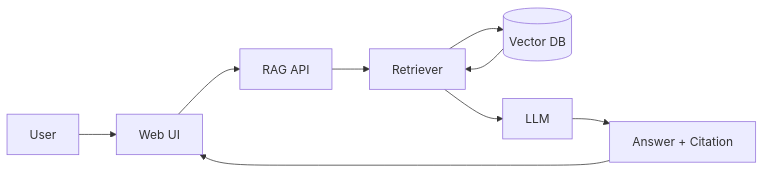
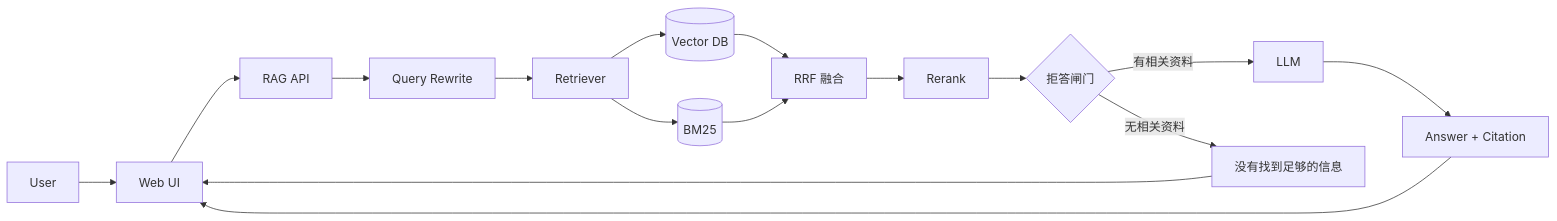
One commit to YalinMa/enterprise-ai-knowledge-base changed the third of 4 diagrams in README.md. Above: the diagram before and after it, drawn with Mermaid. The commit also changed other lines of this file and 29 other files, not shown here.

````diff
--- a/README.md
+++ b/README.md
@@ -79,5 +92,9 @@
 ```mermaid
 flowchart LR
-    U[User] --> W[Web UI] --> R[RAG API] --> RT[Retriever] --> V[(Vector DB)]
-    V --> RT --> L[LLM] --> A[Answer + Citation] --> W
+    U[User] --> W[Web UI] --> R[RAG API] --> QR[Query Rewrite] --> RT[Retriever]
+    RT --> V[(Vector DB)] --> F[RRF 融合]
+    RT --> B[(BM25)] --> F
+    F --> RR[Rerank] --> G{拒答闸门}
+    G -- 有相关资料 --> L[LLM] --> A[Answer + Citation] --> W
+    G -- 无相关资料 --> N[没有找到足够的信息] --> W
 ```
````
